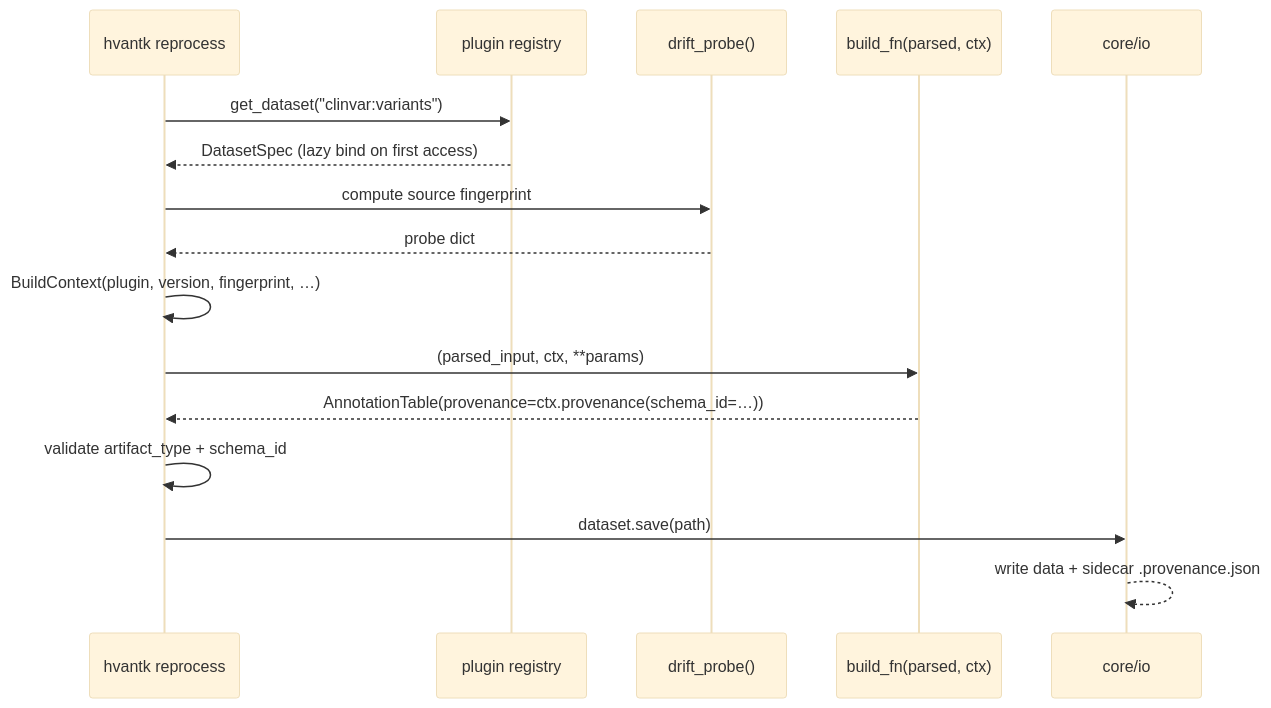
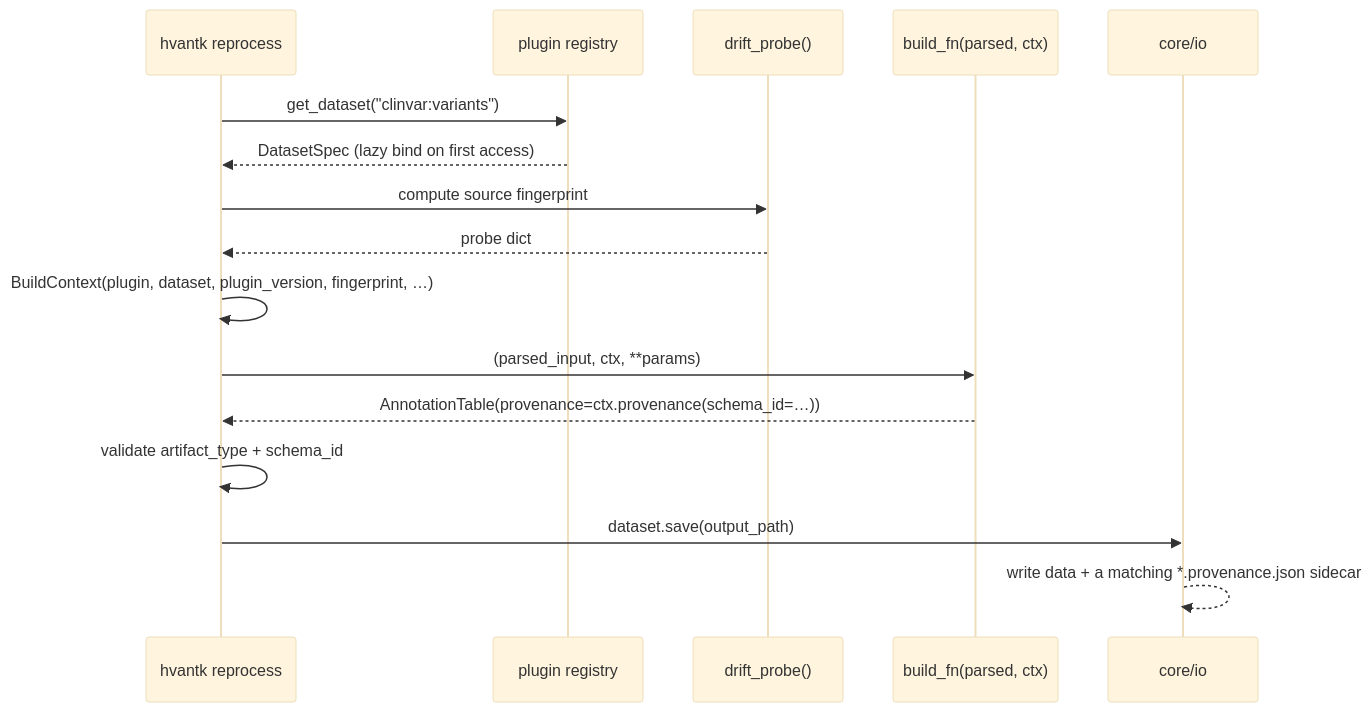
The diagram in docs_site/architecture.md (bigbio/hvantk), drawn with Mermaid (base theme) before and after one commit. The commit also changed other lines of this file and 104 other files, not shown here.

````diff
--- a/docs_site/architecture.md
+++ b/docs_site/architecture.md
@@ -229,19 +304,19 @@
 ```mermaid
 sequenceDiagram
     participant CLI as hvantk reprocess
     participant Reg as plugin registry
     participant Probe as drift_probe()
     participant Build as build_fn(parsed, ctx)
     participant IO as core/io
 
     CLI->>Reg: get_dataset("clinvar:variants")
     Reg-->>CLI: DatasetSpec (lazy bind on first access)
     CLI->>Probe: compute source fingerprint
     Probe-->>CLI: probe dict
-    CLI->>CLI: BuildContext(plugin, version, fingerprint, …)
+    CLI->>CLI: BuildContext(plugin, dataset, plugin_version, fingerprint, …)
     CLI->>Build: (parsed_input, ctx, **params)
     Build-->>CLI: AnnotationTable(provenance=ctx.provenance(schema_id=…))
     CLI->>CLI: validate artifact_type + schema_id
-    CLI->>IO: dataset.save(path)
-    IO-->>IO: write data + sidecar .provenance.json
+    CLI->>IO: dataset.save(output_path)
+    IO-->>IO: write data + a matching *.provenance.json sidecar
 ```
````
